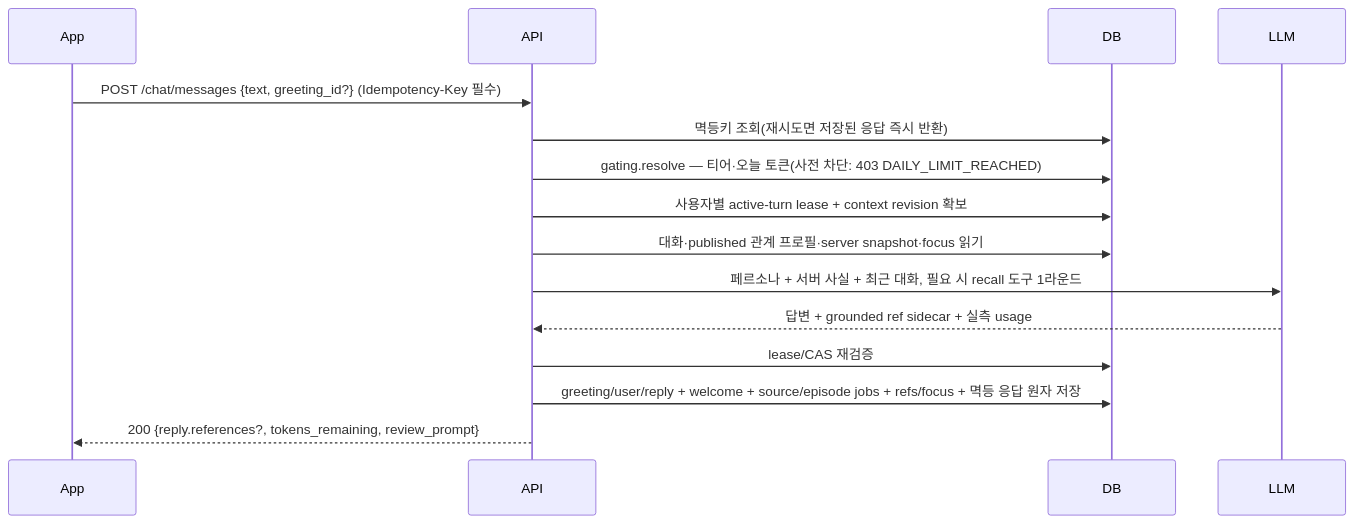
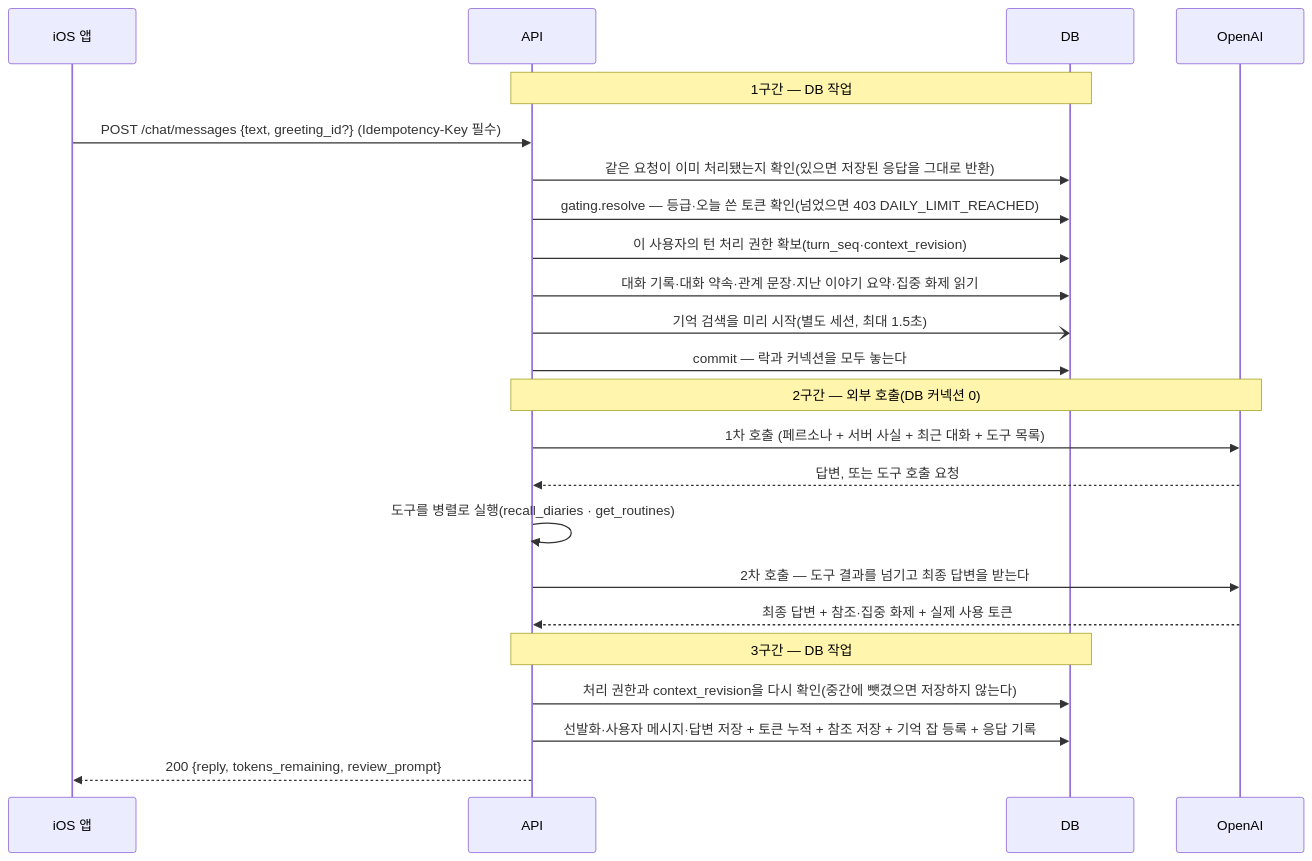
Before and after one commit to SOMA-OneTwoThree/moly-backend: the second of 2 diagrams in docs/ARCHITECTURE.md, drawn with Mermaid. The commit also changed other lines of this file and 2 other files, not shown here.

````diff
--- a/docs/ARCHITECTURE.md
+++ b/docs/ARCHITECTURE.md
@@ -147,17 +219,28 @@
 ```mermaid
 sequenceDiagram
-  participant App
+  participant App as iOS 앱
   participant API
   participant DB
-  participant LLM
+  participant LLM as OpenAI
+
+  Note over API,DB: 1구간 — DB 작업
   App->>API: POST /chat/messages {text, greeting_id?} (Idempotency-Key 필수)
-  API->>DB: 멱등키 조회(재시도면 저장된 응답 즉시 반환)
-  API->>DB: gating.resolve — 티어·오늘 토큰(사전 차단: 403 DAILY_LIMIT_REACHED)
-  API->>DB: 사용자별 active-turn lease + context revision 확보
-  API->>DB: 대화·published 관계 프로필·server snapshot·focus 읽기
-  API->>LLM: 페르소나 + 서버 사실 + 최근 대화, 필요 시 recall 도구 1라운드
-  LLM-->>API: 답변 + grounded ref sidecar + 실측 usage
-  API->>DB: lease/CAS 재검증
-  API->>DB: greeting/user/reply + welcome + source/episode jobs + refs/focus + 멱등 응답 원자 저장
-  API-->>App: 200 {reply.references?, tokens_remaining, review_prompt}
+  API->>DB: 같은 요청이 이미 처리됐는지 확인(있으면 저장된 응답을 그대로 반환)
+  API->>DB: gating.resolve — 등급·오늘 쓴 토큰 확인(넘었으면 403 DAILY_LIMIT_REACHED)
+  API->>DB: 이 사용자의 턴 처리 권한 확보(turn_seq·context_revision)
+  API->>DB: 대화 기록·대화 약속·관계 문장·지난 이야기 요약·집중 화제 읽기
+  API-)DB: 기억 검색을 미리 시작(별도 세션, 최대 1.5초)
+  API->>DB: commit — 락과 커넥션을 모두 놓는다
+
+  Note over API,LLM: 2구간 — 외부 호출(DB 커넥션 0)
+  API->>LLM: 1차 호출 (페르소나 + 서버 사실 + 최근 대화 + 도구 목록)
+  LLM-->>API: 답변, 또는 도구 호출 요청
+  API->>API: 도구를 병렬로 실행(recall_diaries · get_routines)
+  API->>LLM: 2차 호출 — 도구 결과를 넘기고 최종 답변을 받는다
+  LLM-->>API: 최종 답변 + 참조·집중 화제 + 실제 사용 토큰
+
+  Note over API,DB: 3구간 — DB 작업
+  API->>DB: 처리 권한과 context_revision을 다시 확인(중간에 뺏겼으면 저장하지 않는다)
+  API->>DB: 선발화·사용자 메시지·답변 저장 + 토큰 누적 + 참조 저장 + 기억 잡 등록 + 응답 기록
+  API-->>App: 200 {reply, tokens_remaining, review_prompt}
 ```
````
